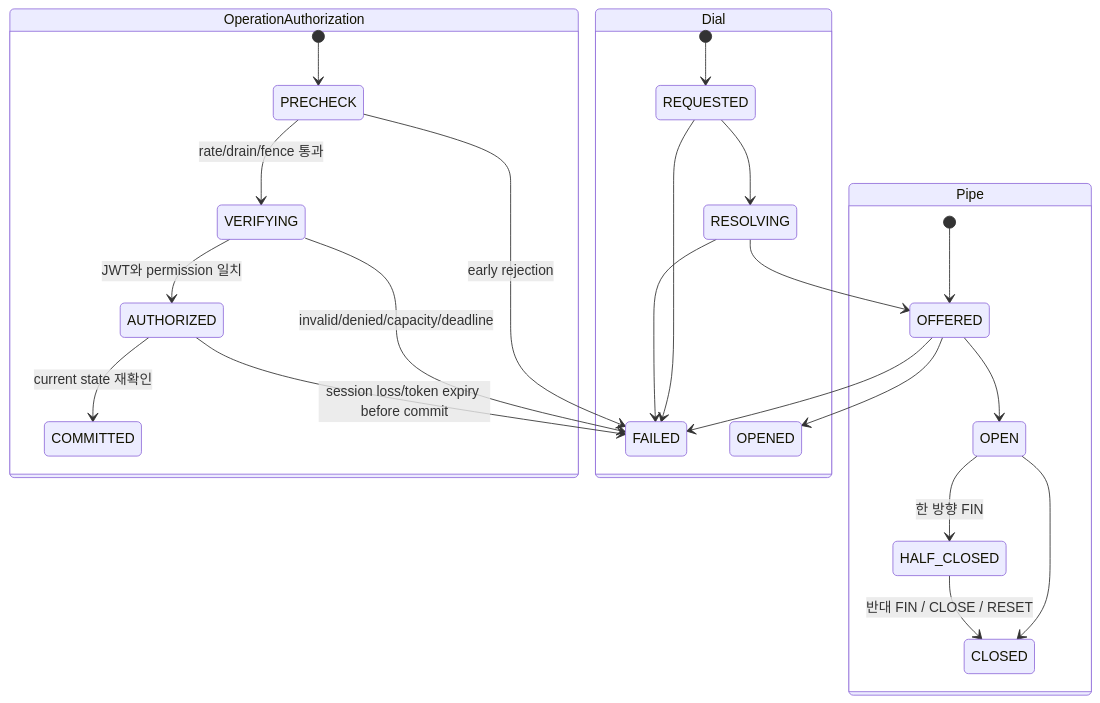
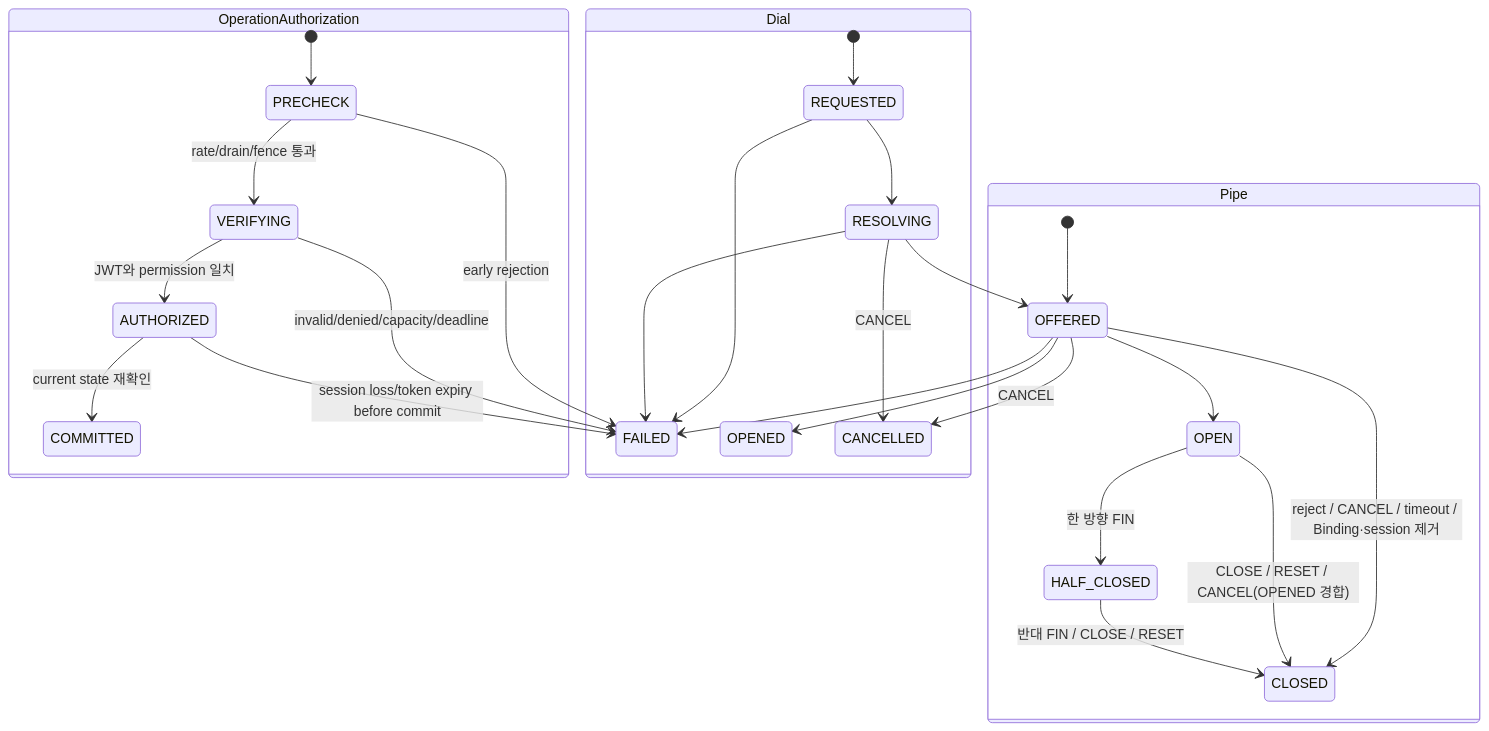
Before and after one commit to cagojeiger/relaygate: the second of 3 diagrams in docs/spec/007-error-and-state-model.md, drawn with Mermaid. The commit also changed other lines of this file and 16 other files, not shown here.

````diff
--- a/docs/spec/007-error-and-state-model.md
+++ b/docs/spec/007-error-and-state-model.md
@@ -75,28 +76,31 @@
 ```mermaid
 stateDiagram-v2
     state OperationAuthorization {
         [*] --> PRECHECK
         PRECHECK --> VERIFYING: rate/drain/fence 통과
         PRECHECK --> FAILED: early rejection
         VERIFYING --> AUTHORIZED: JWT와 permission 일치
         VERIFYING --> FAILED: invalid/denied/capacity/deadline
         AUTHORIZED --> COMMITTED: current state 재확인
         AUTHORIZED --> FAILED: session loss/token expiry before commit
     }
     state Dial {
         [*] --> REQUESTED
         REQUESTED --> RESOLVING
         RESOLVING --> OFFERED
         OFFERED --> OPENED
         REQUESTED --> FAILED
         RESOLVING --> FAILED
         OFFERED --> FAILED
+        RESOLVING --> CANCELLED: CANCEL
+        OFFERED --> CANCELLED: CANCEL
     }
     state Pipe {
         [*] --> OFFERED
         OFFERED --> OPEN
         OPEN --> HALF_CLOSED: 한 방향 FIN
-        OPEN --> CLOSED
+        OFFERED --> CLOSED: reject / CANCEL / timeout / Binding·session 제거
+        OPEN --> CLOSED: CLOSE / RESET / CANCEL(OPENED 경합)
         HALF_CLOSED --> CLOSED: 반대 FIN / CLOSE / RESET
     }
 ```
````
